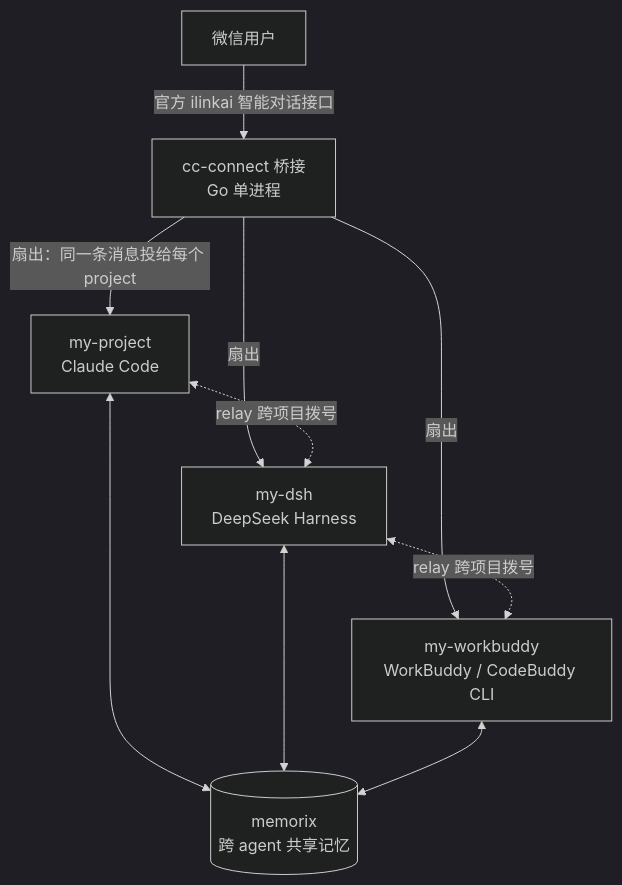
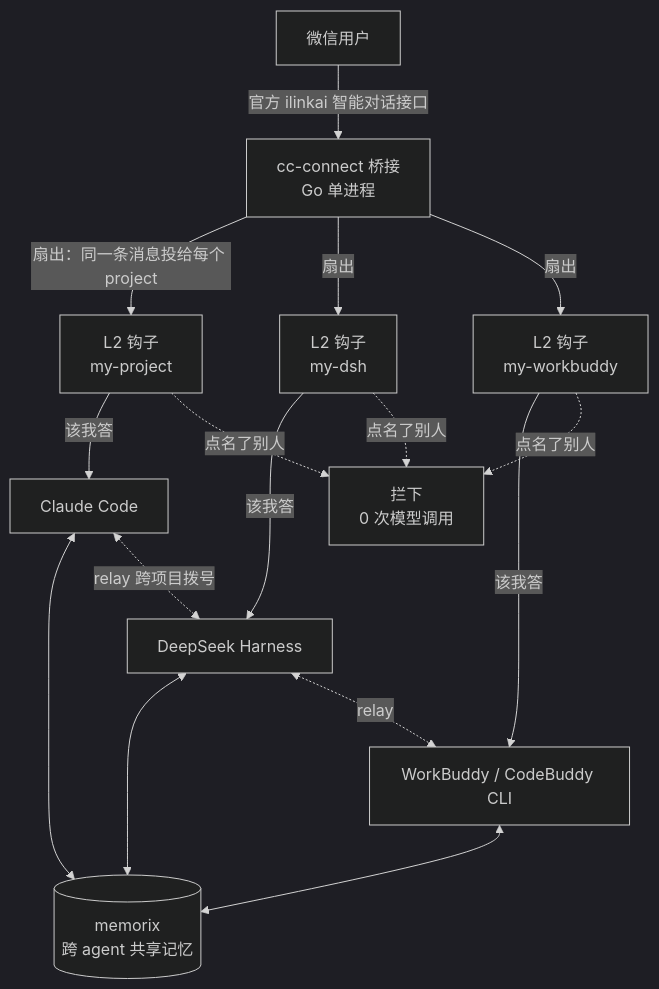
One commit to wjxn13/cc-connect-multi-agent changed the diagram in README.md. Above: the diagram before and after it, drawn with Mermaid (dark theme). The commit also changed other lines of this file and 14 other files, not shown here.

````diff
--- a/README.md
+++ b/README.md
@@ -11,12 +16,18 @@
 ```mermaid
 graph TD
     U[微信用户] -->|官方 ilinkai 智能对话接口| B[cc-connect 桥接<br/>Go 单进程]
-    B -->|扇出：同一条消息投给每个 project| P1[my-project<br/>Claude Code]
-    B -->|扇出| P2[my-dsh<br/>DeepSeek Harness]
-    B -->|扇出| P3[my-workbuddy<br/>WorkBuddy / CodeBuddy CLI]
-    P1 <-.->|relay 跨项目拨号| P2
-    P2 <-.->|relay 跨项目拨号| P3
+    B -->|扇出：同一条消息投给每个 project| G1[L2 钩子<br/>my-project]
+    B -->|扇出| G2[L2 钩子<br/>my-dsh]
+    B -->|扇出| G3[L2 钩子<br/>my-workbuddy]
+    G1 -->|该我答| P1[Claude Code]
+    G2 -->|该我答| P2[DeepSeek Harness]
+    G3 -->|该我答| P3[WorkBuddy / CodeBuddy CLI]
+    G1 -.->|点名了别人| X[拦下<br/>0 次模型调用]
+    G2 -.->|点名了别人| X
+    G3 -.->|点名了别人| X
     P1 <--> M[(memorix<br/>跨 agent 共享记忆)]
     P2 <--> M
     P3 <--> M
+    P1 <-.->|relay 跨项目拨号| P2
+    P2 <-.->|relay| P3
 ```
````
